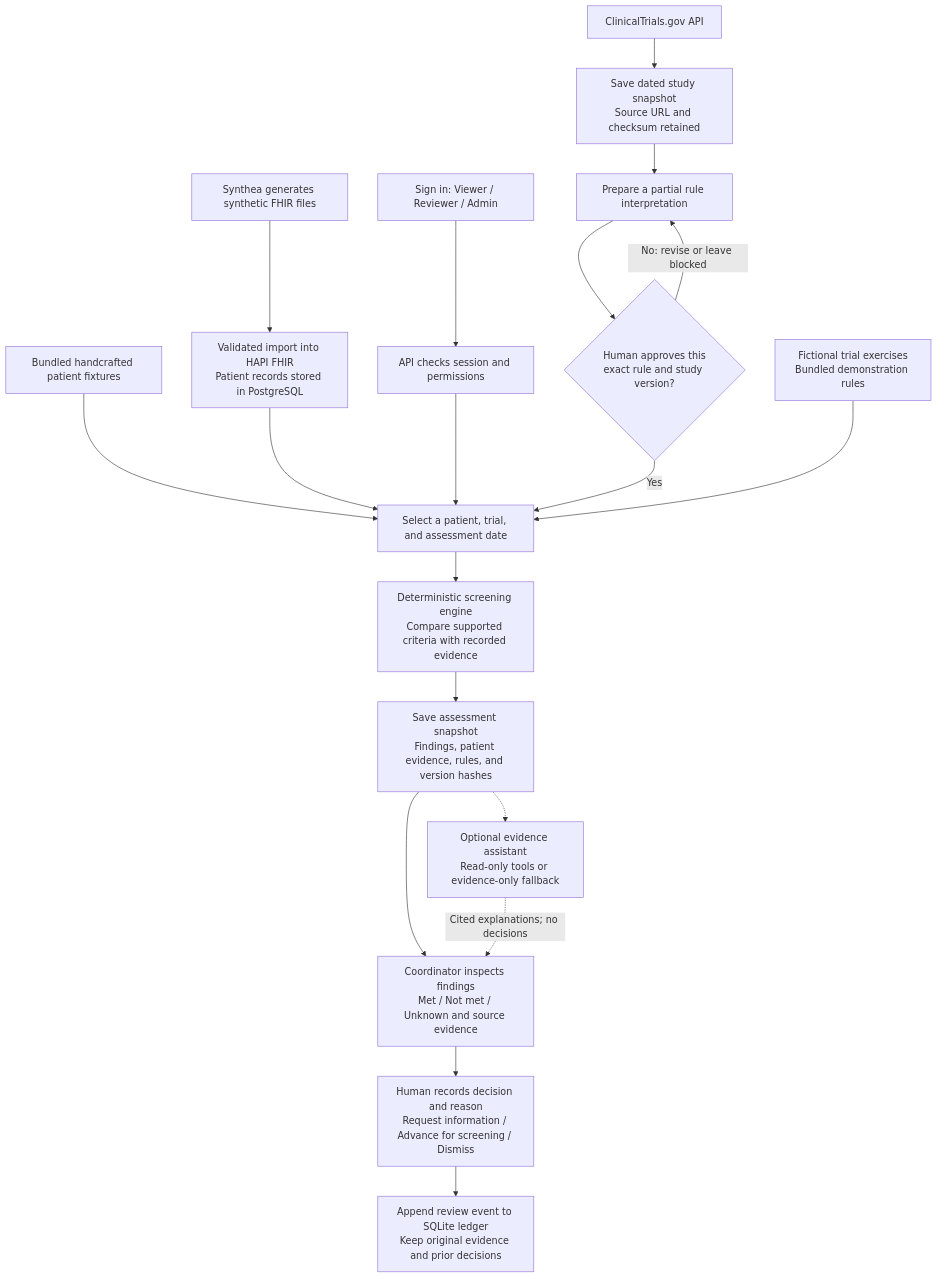
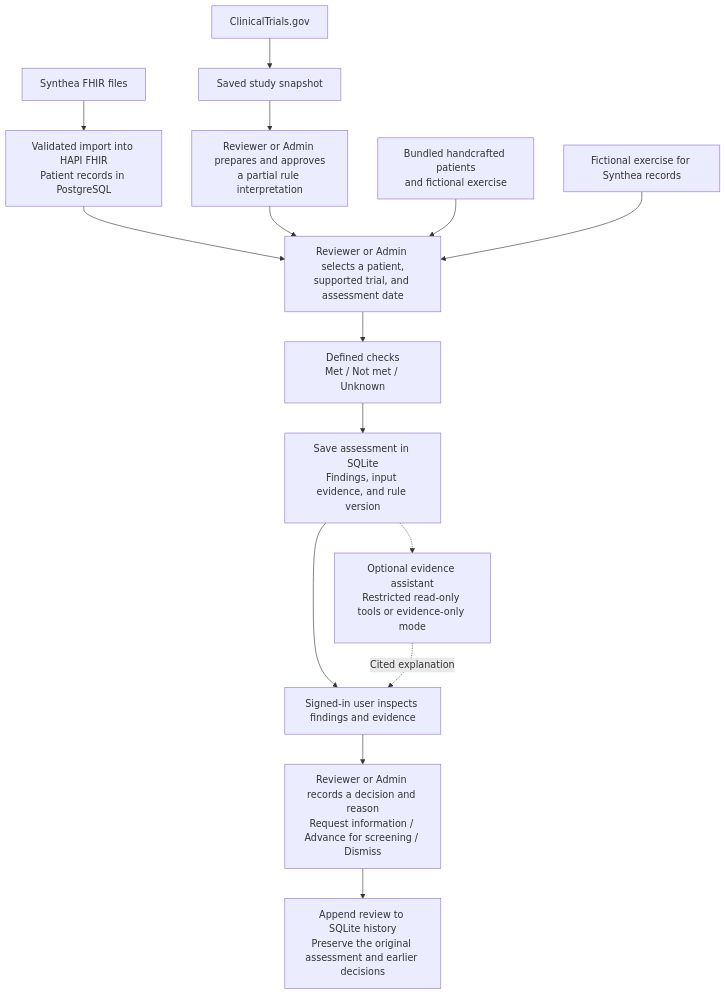
The diagram in README.md (shshakib/HealthOps-AI), drawn with Mermaid before and after one commit. The commit also changed other lines of this file and 22 other files, not shown here.

````diff
--- a/README.md
+++ b/README.md
@@ -64,23 +59,17 @@
 ```mermaid
 flowchart TD
-    S["Synthea generates synthetic FHIR files"] --> H["Validated import into HAPI FHIR<br/>Patient records stored in PostgreSQL"]
-    F["Bundled handcrafted patient fixtures"] --> P["Select a patient, trial, and assessment date"]
-    H --> P
-    I["Sign in: Viewer / Reviewer / Admin"] --> B["API checks session and permissions"]
-    B --> P
-
-    T["ClinicalTrials.gov API"] --> V["Save dated study snapshot<br/>Source URL and checksum retained"]
-    V --> D["Prepare a partial rule interpretation"]
-    D --> A{"Human approves this<br/>exact rule and study version?"}
-    A -->|"No: revise or leave blocked"| D
-    A -->|Yes| P
-    X["Fictional trial exercises<br/>Bundled demonstration rules"] --> P
-
-    P --> E["Deterministic screening engine<br/>Compare supported criteria with recorded evidence"]
-    E --> R["Save assessment snapshot<br/>Findings, patient evidence, rules, and version hashes"]
-    R --> U["Coordinator inspects findings<br/>Met / Not met / Unknown and source evidence"]
-    R -.-> L["Optional evidence assistant<br/>Read-only tools or evidence-only fallback"]
-    L -.->|"Cited explanations; no decisions"| U
-    U --> J["Human records decision and reason<br/>Request information / Advance for screening / Dismiss"]
-    J --> Q["Append review event to SQLite ledger<br/>Keep original evidence and prior decisions"]
+    S["Synthea FHIR files"] --> H["Validated import into HAPI FHIR<br/>Patient records in PostgreSQL"]
+    C["ClinicalTrials.gov"] --> T["Saved study snapshot"]
+    T --> A["Reviewer or Admin prepares and approves<br/>a partial rule interpretation"]
+    H --> P["Reviewer or Admin selects a patient,<br/>supported trial, and assessment date"]
+    A --> P
+    F["Bundled handcrafted patients<br/>and fictional exercise"] --> P
+    X["Fictional exercise for Synthea records"] --> P
+    P --> E["Defined checks<br/>Met / Not met / Unknown"]
+    E --> R["Save assessment in SQLite<br/>Findings, input evidence, and rule version"]
+    R --> U["Signed-in user inspects findings and evidence"]
+    R -.-> L["Optional evidence assistant<br/>Restricted read-only tools or evidence-only mode"]
+    L -.->|"Cited explanation"| U
+    U --> D["Reviewer or Admin records a decision and reason<br/>Request information / Advance for screening / Dismiss"]
+    D --> V["Append review to SQLite history<br/>Preserve the original assessment and earlier decisions"]
 ```
````
